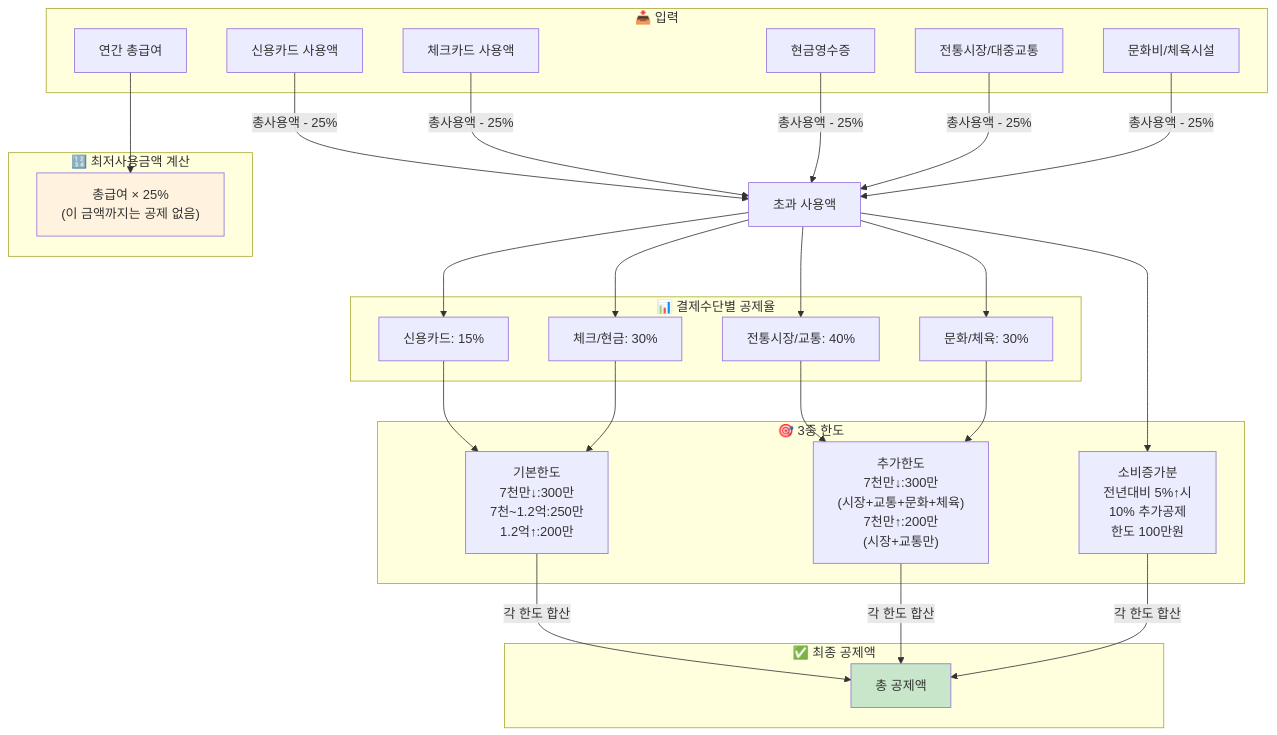
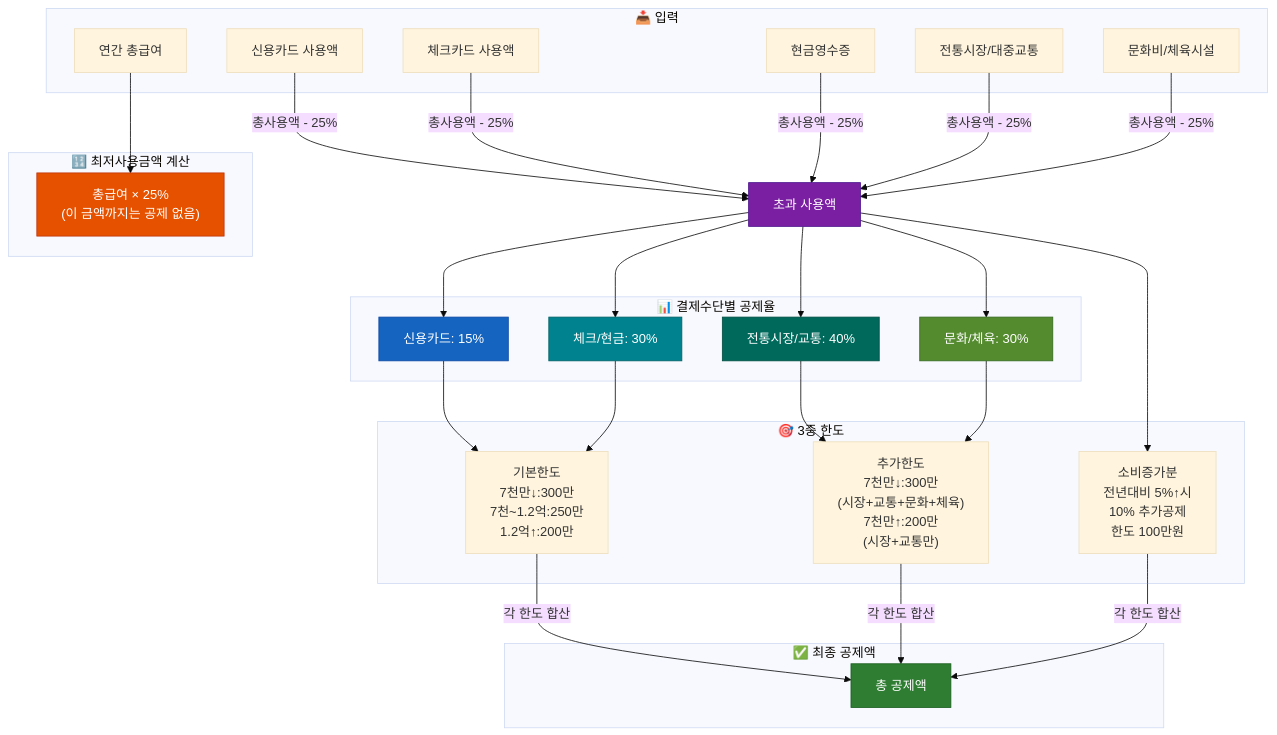
The fourth of 18 diagrams in docs/세금로직_플로우차트.md (Z-3000/fina_r), drawn with Mermaid before and after one commit. The commit also changed other lines of this file, not shown here.

````diff
--- a/docs/세금로직_플로우차트.md
+++ b/docs/세금로직_플로우차트.md
@@ -161,43 +171,49 @@
 ```mermaid
+%%{init: {'theme': 'base'}}%%
 flowchart TD
     subgraph 입력데이터["📥 입력"]
         A1[연간 총급여]
         A2[신용카드 사용액]
         A3[체크카드 사용액]
         A4[현금영수증]
         A5[전통시장/대중교통]
         A6[문화비/체육시설]
     end
 
     subgraph 최저사용금액["🔢 최저사용금액 계산"]
         B1["총급여 × 25%<br/>(이 금액까지는 공제 없음)"]
     end
 
     subgraph 공제율적용["📊 결제수단별 공제율"]
         C1["신용카드: 15%"]
         C2["체크/현금: 30%"]
         C3["전통시장/교통: 40%"]
         C4["문화/체육: 30%"]
     end
 
     subgraph 한도적용["🎯 3중 한도"]
         D1["기본한도<br/>7천만↓:300만<br/>7천~1.2억:250만<br/>1.2억↑:200만"]
         D2["추가한도<br/>7천만↓:300만<br/>(시장+교통+문화+체육)<br/>7천만↑:200만<br/>(시장+교통만)"]
         D3["소비증가분<br/>전년대비 5%↑시<br/>10% 추가공제<br/>한도 100만원"]
     end
 
     subgraph 결과["✅ 최종 공제액"]
         E1[총 공제액]
     end
 
     A1 --> B1
     A2 & A3 & A4 & A5 & A6 --> |"총사용액 - 25%"| F1[초과 사용액]
     F1 --> C1 & C2 & C3 & C4
     C1 & C2 --> D1
     C3 & C4 --> D2
     F1 --> D3
     D1 & D2 & D3 -->|"각 한도 합산"| E1
 
-    style B1 fill:#fff3e0
-    style E1 fill:#c8e6c9
+    style B1 fill:#e65100,stroke:#bf360c,color:#fff
+    style E1 fill:#2e7d32,stroke:#1b5e20,color:#fff
+    style F1 fill:#7b1fa2,stroke:#4a148c,color:#fff
+    style C1 fill:#1565c0,stroke:#0d47a1,color:#fff
+    style C2 fill:#00838f,stroke:#006064,color:#fff
+    style C3 fill:#00695c,stroke:#004d40,color:#fff
+    style C4 fill:#558b2f,stroke:#33691e,color:#fff
 ```
````
